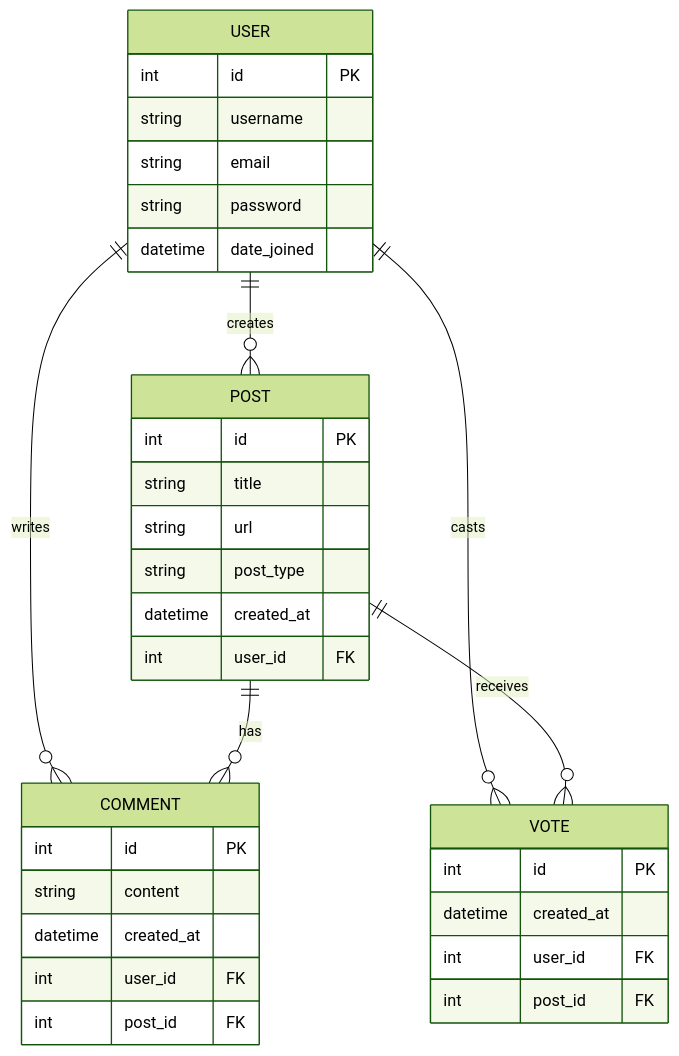
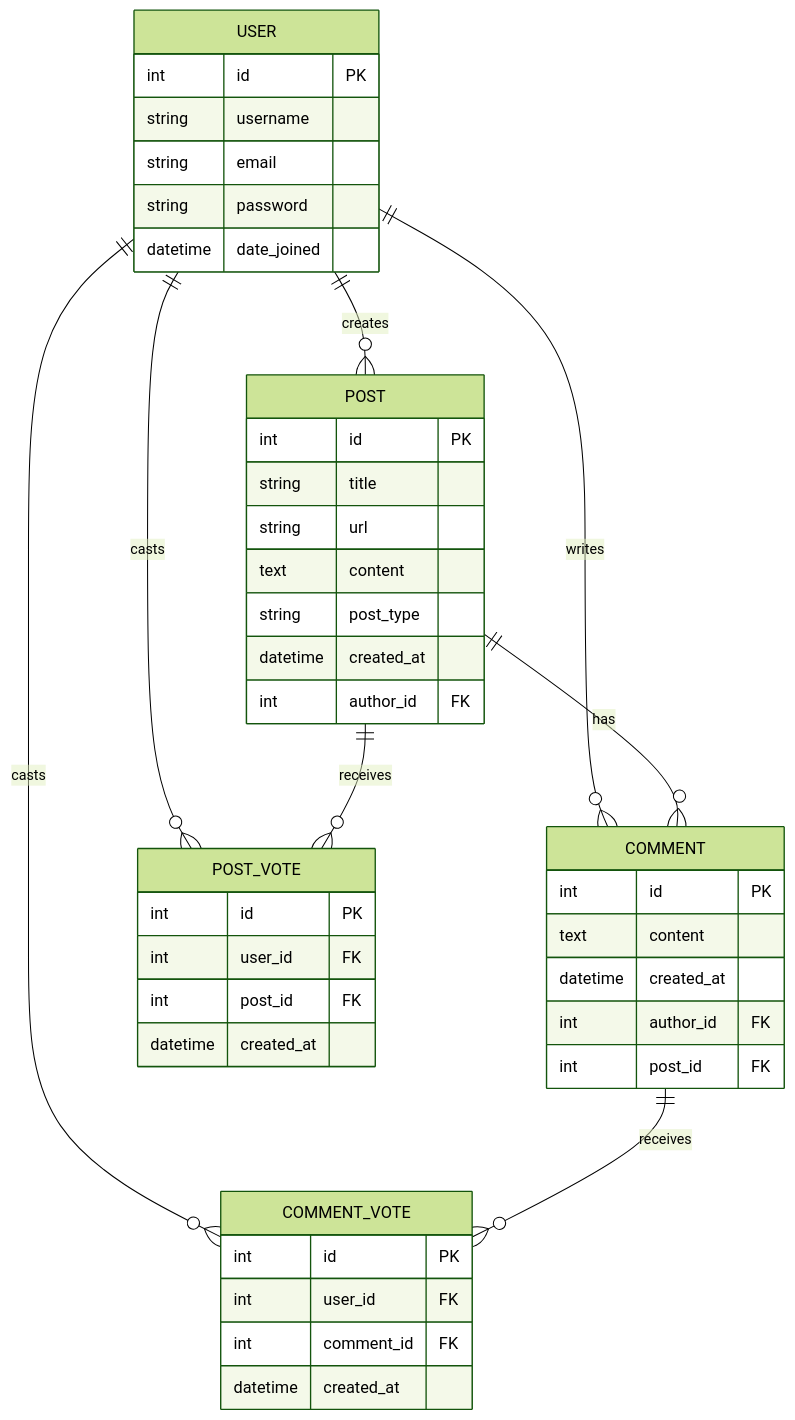
One commit to HARIVARDHAN765/hacker_news_major_project changed the diagram in docs/er-diagram.md. Above: the diagram before and after it, drawn with Mermaid (forest theme). The commit also changed other lines of this file and 3 other files, not shown here.

````diff
--- a/docs/er-diagram.md
+++ b/docs/er-diagram.md
@@ -7,42 +5,54 @@
 ```mermaid
 erDiagram
 
     USER {
         int id PK
         string username
         string email
         string password
         datetime date_joined
     }
 
     POST {
         int id PK
         string title
         string url
+        text content
         string post_type
         datetime created_at
-        int user_id FK
+        int author_id FK
     }
 
     COMMENT {
         int id PK
-        string content
+        text content
         datetime created_at
-        int user_id FK
+        int author_id FK
         int post_id FK
     }
 
-    VOTE {
+    POST_VOTE {
         int id PK
-        datetime created_at
         int user_id FK
         int post_id FK
+        datetime created_at
+    }
+
+    COMMENT_VOTE {
+        int id PK
+        int user_id FK
+        int comment_id FK
+        datetime created_at
     }
 
     USER ||--o{ POST : creates
     USER ||--o{ COMMENT : writes
-    USER ||--o{ VOTE : casts
+
+    USER ||--o{ POST_VOTE : casts
+    USER ||--o{ COMMENT_VOTE : casts
 
     POST ||--o{ COMMENT : has
-    POST ||--o{ VOTE : receives
+    POST ||--o{ POST_VOTE : receives
+
+    COMMENT ||--o{ COMMENT_VOTE : receives
 ```
````
